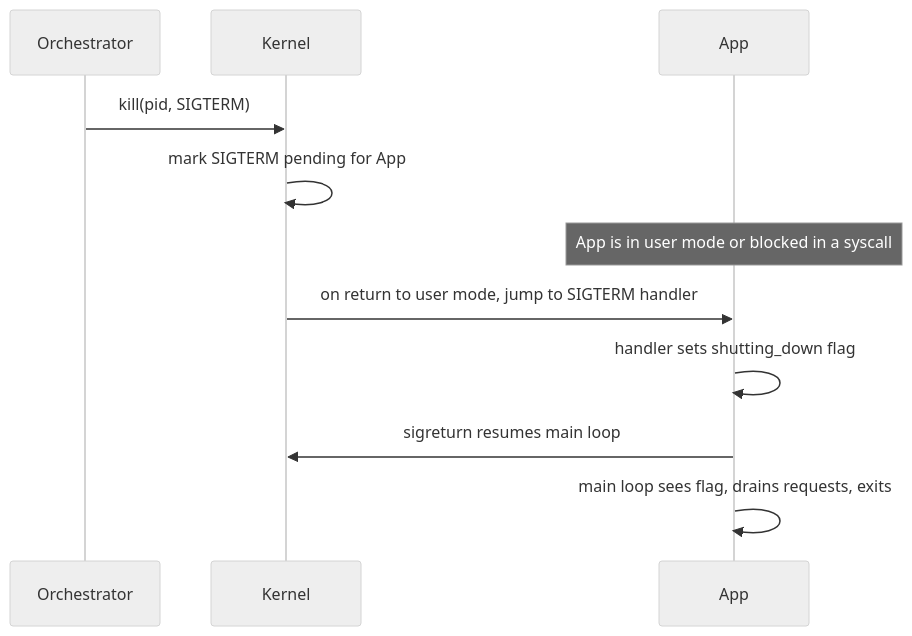
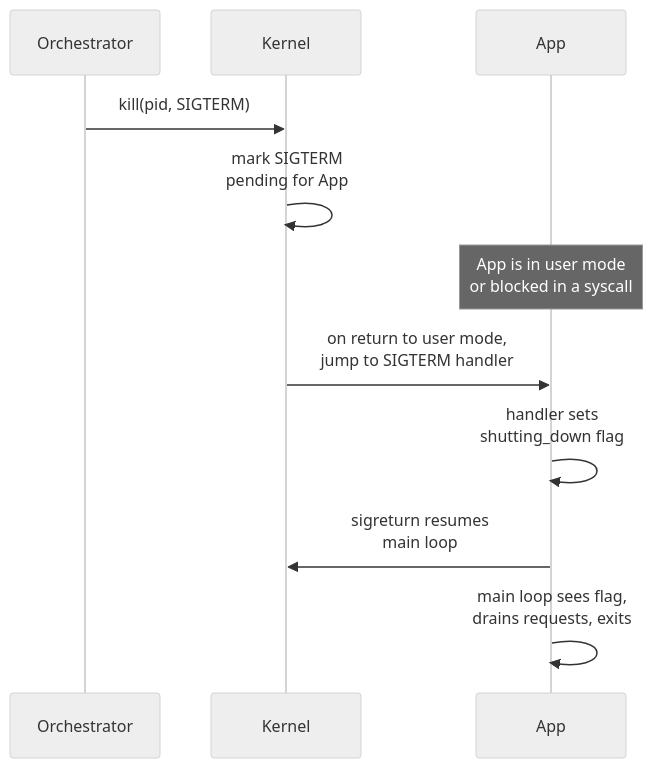
One commit to Siva010/CoreCS changed the diagram in content/lessons/os/os-signals.md. Above: the diagram before and after it, drawn with Mermaid (neutral theme). The commit also changed 19 other files, not shown here.

First line of the commit message:
Merge the OS and Networks diagram readability fixes

````diff
--- a/content/lessons/os/os-signals.md
+++ b/content/lessons/os/os-signals.md
@@ -70,13 +70,13 @@
 ```mermaid
 sequenceDiagram
     participant Orchestrator
     participant Kernel
     participant App
     Orchestrator->>Kernel: kill(pid, SIGTERM)
-    Kernel->>Kernel: mark SIGTERM pending for App
-    Note over App: App is in user mode or blocked in a syscall
-    Kernel->>App: on return to user mode, jump to SIGTERM handler
-    App->>App: handler sets shutting_down flag
-    App->>Kernel: sigreturn resumes main loop
-    App->>App: main loop sees flag, drains requests, exits
+    Kernel->>Kernel: mark SIGTERM<br/>pending for App
+    Note over App: App is in user mode<br/>or blocked in a syscall
+    Kernel->>App: on return to user mode,<br/>jump to SIGTERM handler
+    App->>App: handler sets<br/>shutting_down flag
+    App->>Kernel: sigreturn resumes<br/>main loop
+    App->>App: main loop sees flag,<br/>drains requests, exits
 ```
````
